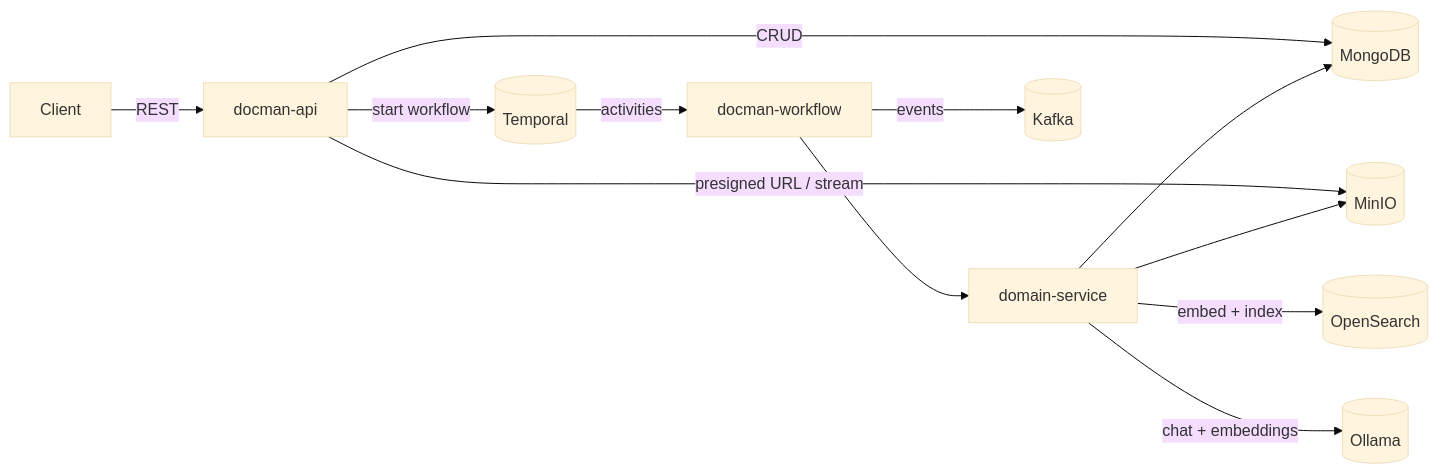
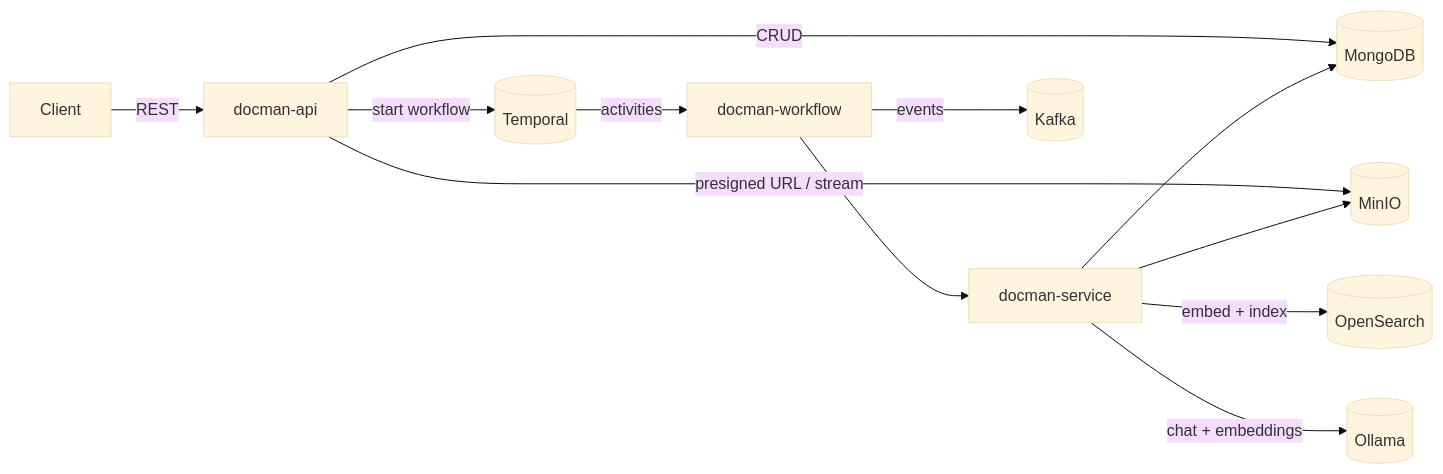
Before and after one commit to kamranzafar/docman-ai: the first of 4 diagrams in docs/ARCHITECTURE.md, drawn with Mermaid (base theme). The commit also changed other lines of this file and 1 other file, not shown here.

Commit message:
Update docs for domain-service -> docman-service rename
Fix remaining references (diagrams, module table, build instructions)
that still pointed at the old module name.

````diff
--- a/docs/ARCHITECTURE.md
+++ b/docs/ARCHITECTURE.md
@@ -11,14 +11,14 @@
 ```mermaid
 flowchart LR
     Client -->|REST| API[docman-api]
     API -->|start workflow| Temporal[(Temporal)]
     API -->|CRUD| Mongo[(MongoDB)]
     API -->|presigned URL / stream| MinIO[(MinIO)]
     Temporal -->|activities| Workflow[docman-workflow]
-    Workflow --> DomainService[domain-service]
-    DomainService --> Mongo
-    DomainService --> MinIO
-    DomainService -->|embed + index| OpenSearch[(OpenSearch)]
-    DomainService -->|chat + embeddings| Ollama[(Ollama)]
+    Workflow --> DocmanService[docman-service]
+    DocmanService --> Mongo
+    DocmanService --> MinIO
+    DocmanService -->|embed + index| OpenSearch[(OpenSearch)]
+    DocmanService -->|chat + embeddings| Ollama[(Ollama)]
     Workflow -->|events| Kafka[(Kafka)]
 ```
````
